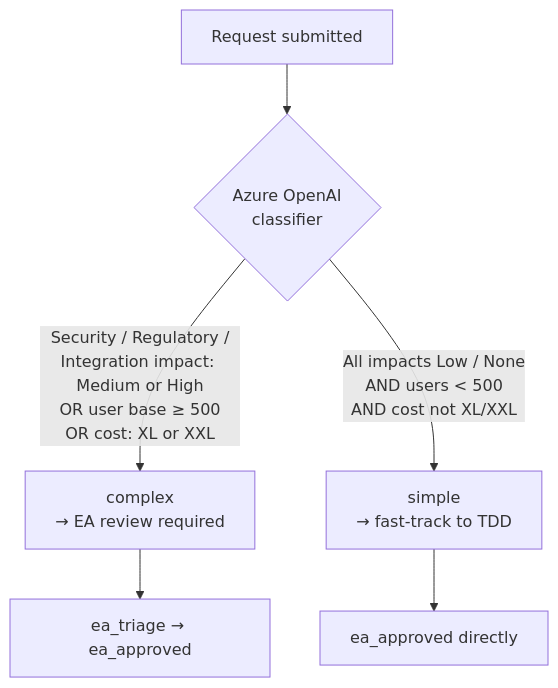
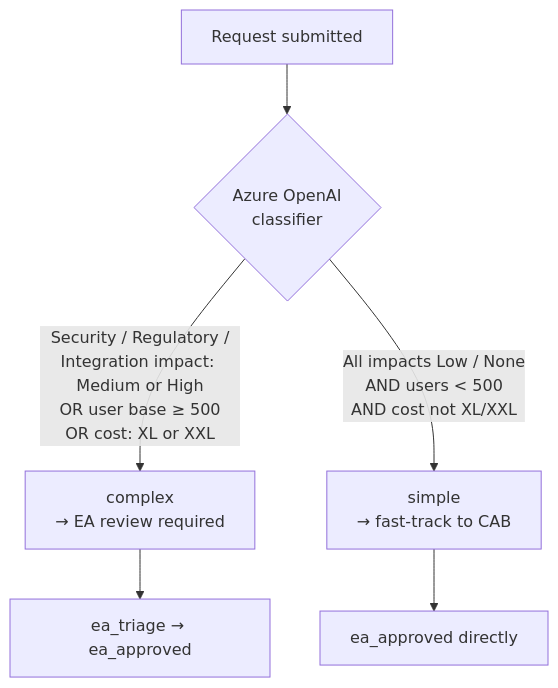
The fifth of 13 diagrams in ARCHITECTURE.md (ritesh121995/unifiedportal_tdd), drawn with Mermaid before and after one commit. The commit also changed other lines of this file and 64 other files, not shown here.

First line of the commit message:
rebrand: rename TDD to Cloud Architecture Blueprint (CAB)

````diff
--- a/ARCHITECTURE.md
+++ b/ARCHITECTURE.md
@@ -146,13 +146,13 @@
 ```mermaid
 flowchart TD
     Submit["Request submitted"]
     AI{"Azure OpenAI\nclassifier"}
 
     Submit --> AI
 
     AI -->|"Security / Regulatory /\nIntegration impact: Medium or High\nOR user base ≥ 500\nOR cost: XL or XXL"| Complex["complex\n→ EA review required"]
-    AI -->|"All impacts Low / None\nAND users < 500\nAND cost not XL/XXL"| Simple["simple\n→ fast-track to TDD"]
+    AI -->|"All impacts Low / None\nAND users < 500\nAND cost not XL/XXL"| Simple["simple\n→ fast-track to CAB"]
 
     Complex --> EATriage["ea_triage → ea_approved"]
     Simple   --> EAApproved["ea_approved directly"]
 ```
````
